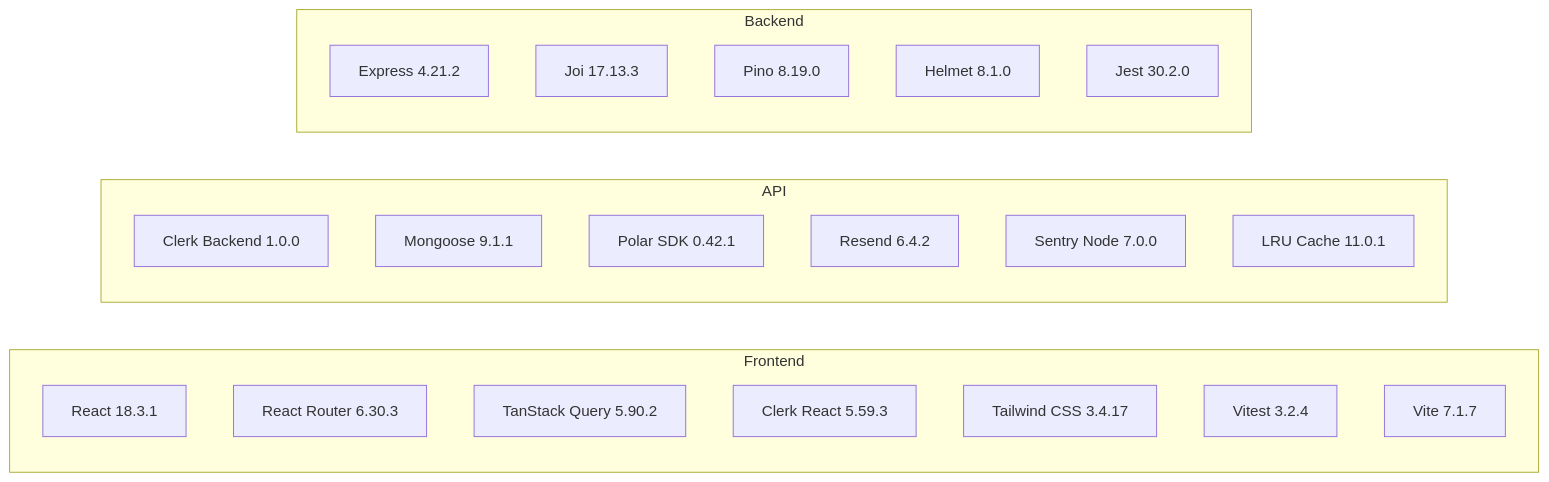
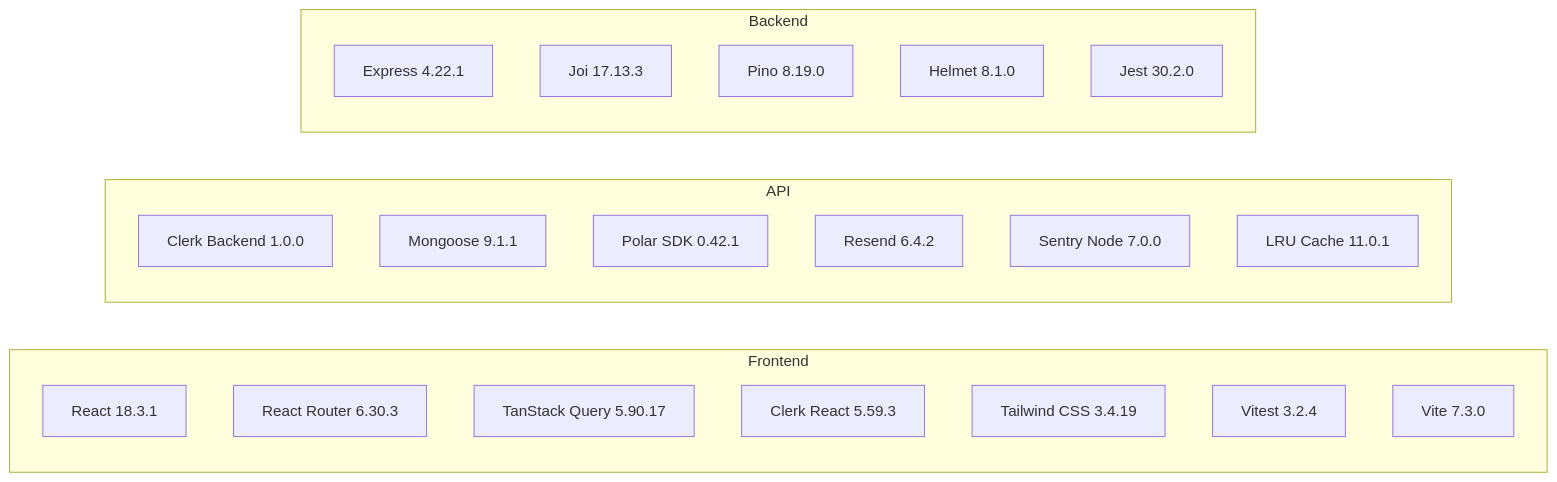
Before and after one commit to lawmight/TCDynamics: diagram 11 of 15 in docs/architecture/repository-structure.md, drawn with Mermaid. The commit also changed other lines of this file and 4 other files, not shown here.

````diff
--- a/docs/architecture/repository-structure.md
+++ b/docs/architecture/repository-structure.md
@@ -279,29 +279,29 @@
 ```mermaid
 flowchart LR
     subgraph FrontendDeps["Frontend"]
         FE1[React 18.3.1]
         FE2[React Router 6.30.3]
-        FE3[TanStack Query 5.90.2]
+        FE3[TanStack Query 5.90.17]
         FE4[Clerk React 5.59.3]
-        FE5[Tailwind CSS 3.4.17]
+        FE5[Tailwind CSS 3.4.19]
         FE6[Vitest 3.2.4]
-        FE7[Vite 7.1.7]
+        FE7[Vite 7.3.0]
     end
 
     subgraph APIDeps["API"]
         API1[Clerk Backend 1.0.0]
         API2[Mongoose 9.1.1]
         API3[Polar SDK 0.42.1]
         API4[Resend 6.4.2]
         API5[Sentry Node 7.0.0]
         API6[LRU Cache 11.0.1]
     end
 
     subgraph BackendDeps["Backend"]
-        BE1[Express 4.21.2]
+        BE1[Express 4.22.1]
         BE2[Joi 17.13.3]
         BE3[Pino 8.19.0]
         BE4[Helmet 8.1.0]
         BE5[Jest 30.2.0]
     end
 ```
````
